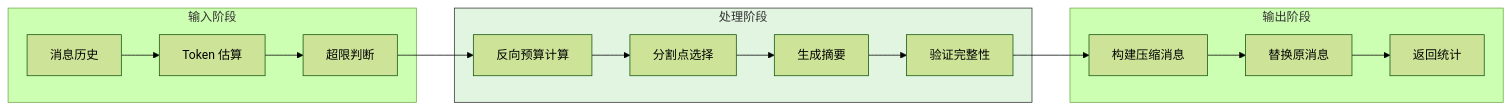
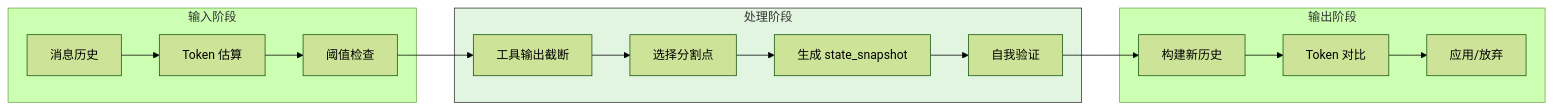
The sixth of 11 diagrams in docs/gemini-cli/questions/gemini-cli-context-compaction.md (giraffe-tree/agent-base), drawn with Mermaid (forest theme) before and after one commit. The commit also changed other lines of this file and 39 other files, not shown here.

````diff
--- a/docs/gemini-cli/questions/gemini-cli-context-compaction.md
+++ b/docs/gemini-cli/questions/gemini-cli-context-compaction.md
@@ -341,23 +387,23 @@
 ```mermaid
 flowchart LR
     subgraph Input["输入阶段"]
         I1[消息历史] --> I2[Token 估算]
-        I2 --> I3[超限判断]
+        I2 --> I3[阈值检查]
     end
 
     subgraph Process["处理阶段"]
-        P1[反向预算计算] --> P2[分割点选择]
-        P2 --> P3[生成摘要]
-        P3 --> P4[验证完整性]
+        P1[工具输出截断] --> P2[选择分割点]
+        P2 --> P3[生成 state_snapshot]
+        P3 --> P4[自我验证]
     end
 
     subgraph Output["输出阶段"]
-        O1[构建压缩消息] --> O2[替换原消息]
-        O2 --> O3[返回统计]
+        O1[构建新历史] --> O2[Token 对比]
+        O2 --> O3[应用/放弃]
     end
 
     I3 --> P1
     P4 --> O1
 
     style Process fill:#e1f5e1,stroke:#333
 ```
````
